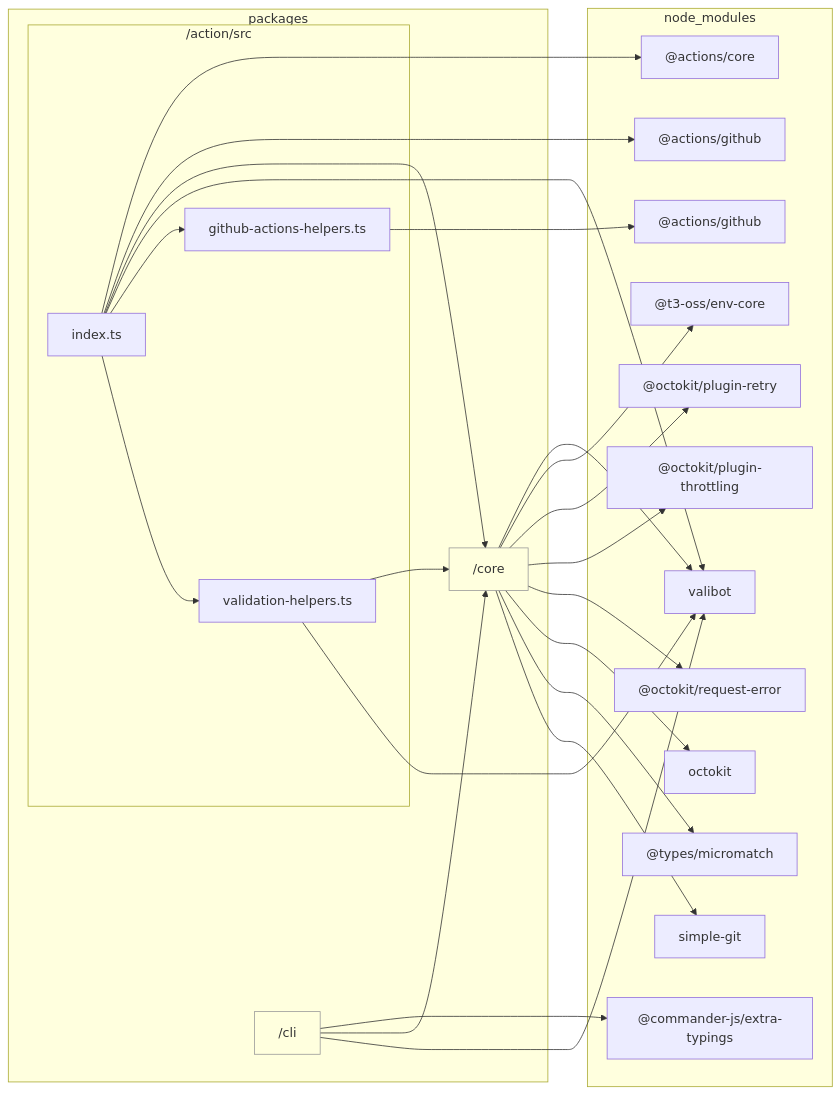
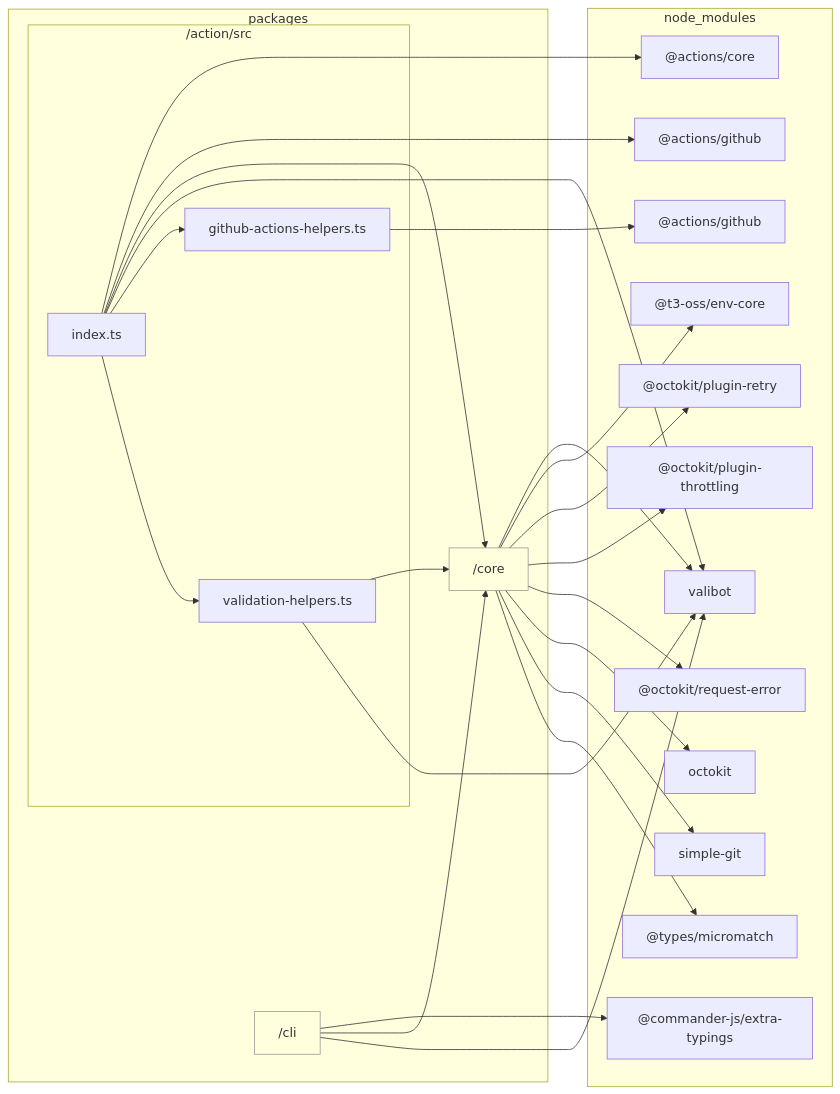
The diagram in docs/reports/dependencies/action.md (sugurutakahashi-1234/issue-linker), drawn with Mermaid before and after one commit. The commit also changed other lines of this file and 18 other files, not shown here.

````diff
--- a/docs/reports/dependencies/action.md
+++ b/docs/reports/dependencies/action.md
@@ -7,47 +7,47 @@
 ```mermaid
 flowchart LR
     classDef dir fill:#0000,stroke:#999
     subgraph packages["packages"]
         packages/core["/core"]:::dir
         packages/cli["/cli"]:::dir
         subgraph packages/action/src["/action/src"]
             packages/action/src/github//actions//helpers.ts["github-actions-helpers.ts"]
             packages/action/src/validation//helpers.ts["validation-helpers.ts"]
             packages/action/src/index.ts["index.ts"]
         end
     end
     subgraph node//modules["node_modules"]
         node//modules///actions/github/lib/context.d.ts["@actions/github"]
         node//modules/valibot/dist/index.d.cts["valibot"]
         node//modules///actions/core/lib/core.d.ts["@actions/core"]
         node//modules///actions/github/lib/github.d.ts["@actions/github"]
         node//modules///commander//js/extra//typings/index.d.ts["@commander-js/extra-typings"]
         node//modules///t3//oss/env//core/dist/index.d.ts["@t3-oss/env-core"]
         node//modules///octokit/plugin//retry/dist//types/index.d.ts["@octokit/plugin-retry"]
         node//modules///octokit/plugin//throttling/dist//types/index.d.ts["@octokit/plugin-throttling"]
         node//modules///octokit/request//error/dist//types/index.d.ts["@octokit/request-error"]
         node//modules/octokit/dist//types/index.d.ts["octokit"]
+        node//modules/simple//git/dist/typings/index.d.ts["simple-git"]
         node//modules///types/micromatch/index.d.ts["@types/micromatch"]
-        node//modules/simple//git/dist/typings/index.d.ts["simple-git"]
     end
     packages/action/src/github//actions//helpers.ts-->node//modules///actions/github/lib/context.d.ts
     packages/core-->node//modules/valibot/dist/index.d.cts
     packages/action/src/validation//helpers.ts-->packages/core
     packages/action/src/validation//helpers.ts-->node//modules/valibot/dist/index.d.cts
     packages/action/src/index.ts-->node//modules///actions/core/lib/core.d.ts
     packages/action/src/index.ts-->node//modules///actions/github/lib/github.d.ts
     packages/action/src/index.ts-->packages/core
     packages/action/src/index.ts-->node//modules/valibot/dist/index.d.cts
     packages/action/src/index.ts-->packages/action/src/github//actions//helpers.ts
     packages/action/src/index.ts-->packages/action/src/validation//helpers.ts
     packages/cli-->node//modules///commander//js/extra//typings/index.d.ts
     packages/cli-->packages/core
     packages/cli-->node//modules/valibot/dist/index.d.cts
     packages/core-->node//modules///t3//oss/env//core/dist/index.d.ts
     packages/core-->node//modules///octokit/plugin//retry/dist//types/index.d.ts
     packages/core-->node//modules///octokit/plugin//throttling/dist//types/index.d.ts
     packages/core-->node//modules///octokit/request//error/dist//types/index.d.ts
     packages/core-->node//modules/octokit/dist//types/index.d.ts
+    packages/core-->node//modules/simple//git/dist/typings/index.d.ts
     packages/core-->node//modules///types/micromatch/index.d.ts
-    packages/core-->node//modules/simple//git/dist/typings/index.d.ts
 ```
````
